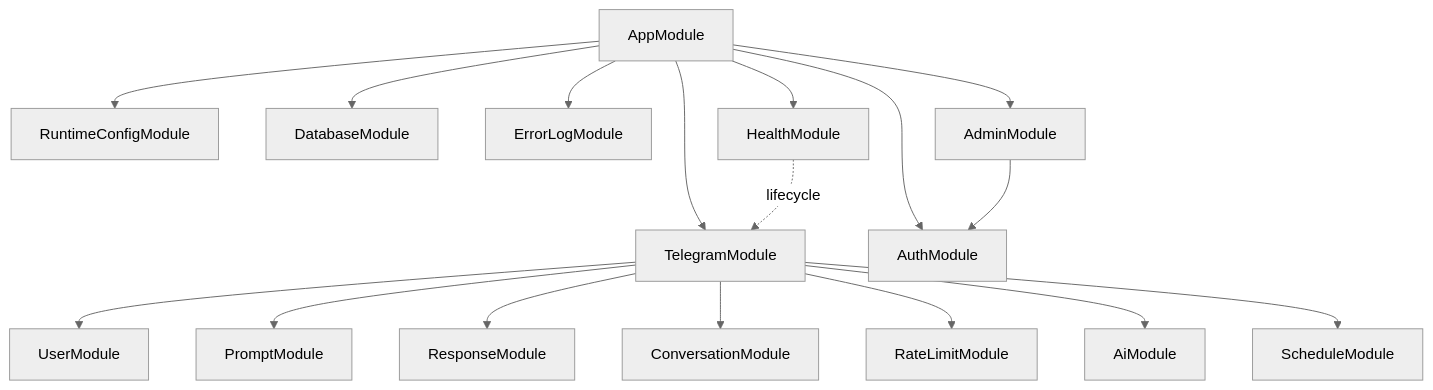
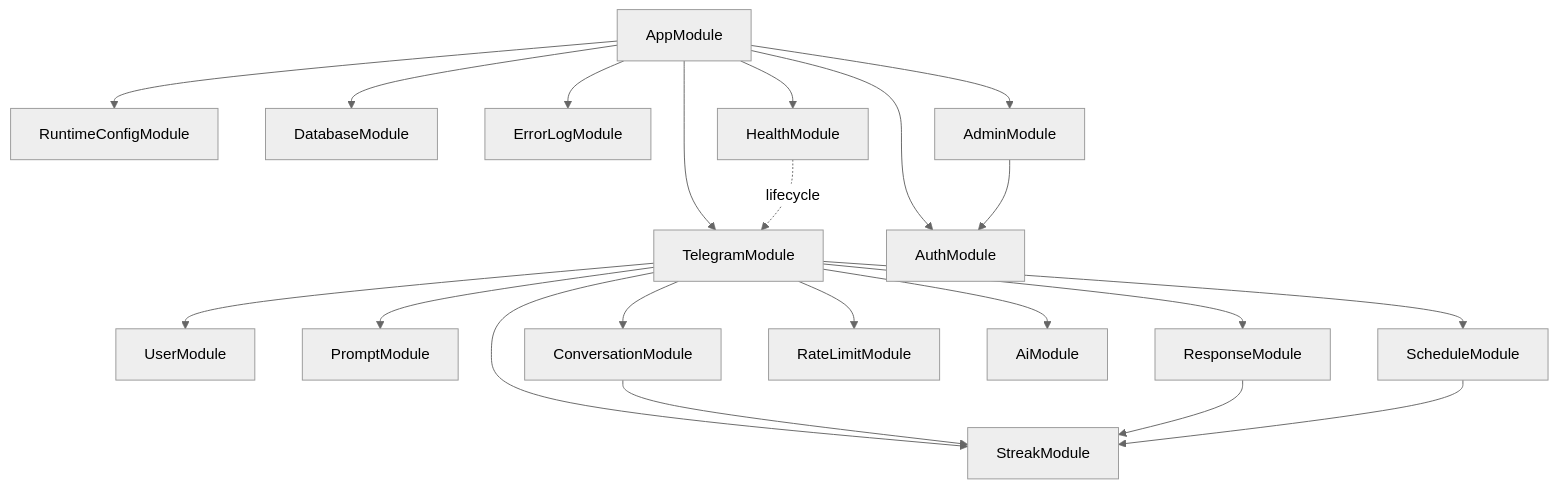
Before and after one commit to moredark/talking-bob: the first of 2 diagrams in docs/architecture/02-backend-module-map.md, drawn with Mermaid (neutral theme). The commit also changed other lines of this file and 43 other files, not shown here.

````diff
--- a/docs/architecture/02-backend-module-map.md
+++ b/docs/architecture/02-backend-module-map.md
@@ -5,20 +5,24 @@
 ```mermaid
 flowchart TD
     app[AppModule] --> config[RuntimeConfigModule]
     app --> db[DatabaseModule]
     app --> errors[ErrorLogModule]
     app --> telegram[TelegramModule]
     app --> health[HealthModule]
     app --> auth[AuthModule]
     app --> admin[AdminModule]
 
     telegram --> user[UserModule]
     telegram --> prompt[PromptModule]
     telegram --> response[ResponseModule]
     telegram --> conversation[ConversationModule]
     telegram --> rate[RateLimitModule]
     telegram --> ai[AiModule]
     telegram --> schedule[ScheduleModule]
+    telegram --> streak[StreakModule]
+    conversation --> streak
+    response --> streak
+    schedule --> streak
     health -. lifecycle .-> telegram
     admin --> auth
 ```
````
